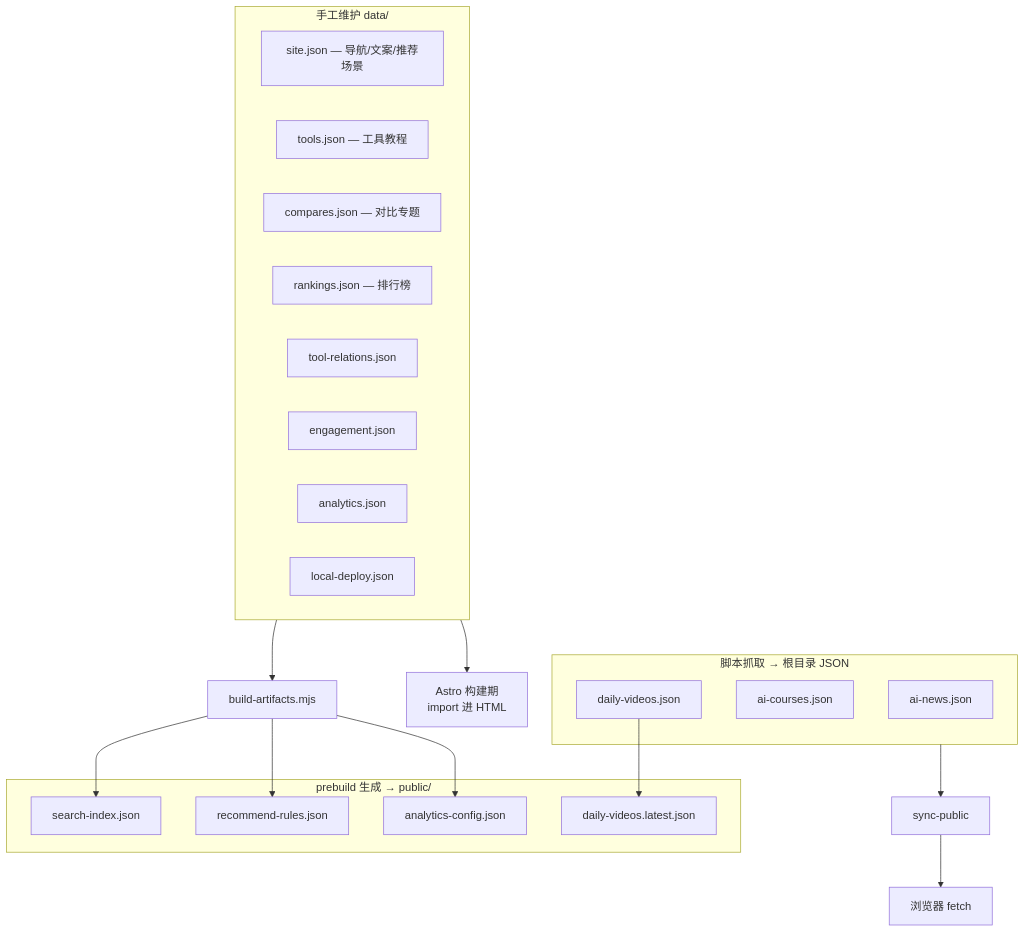
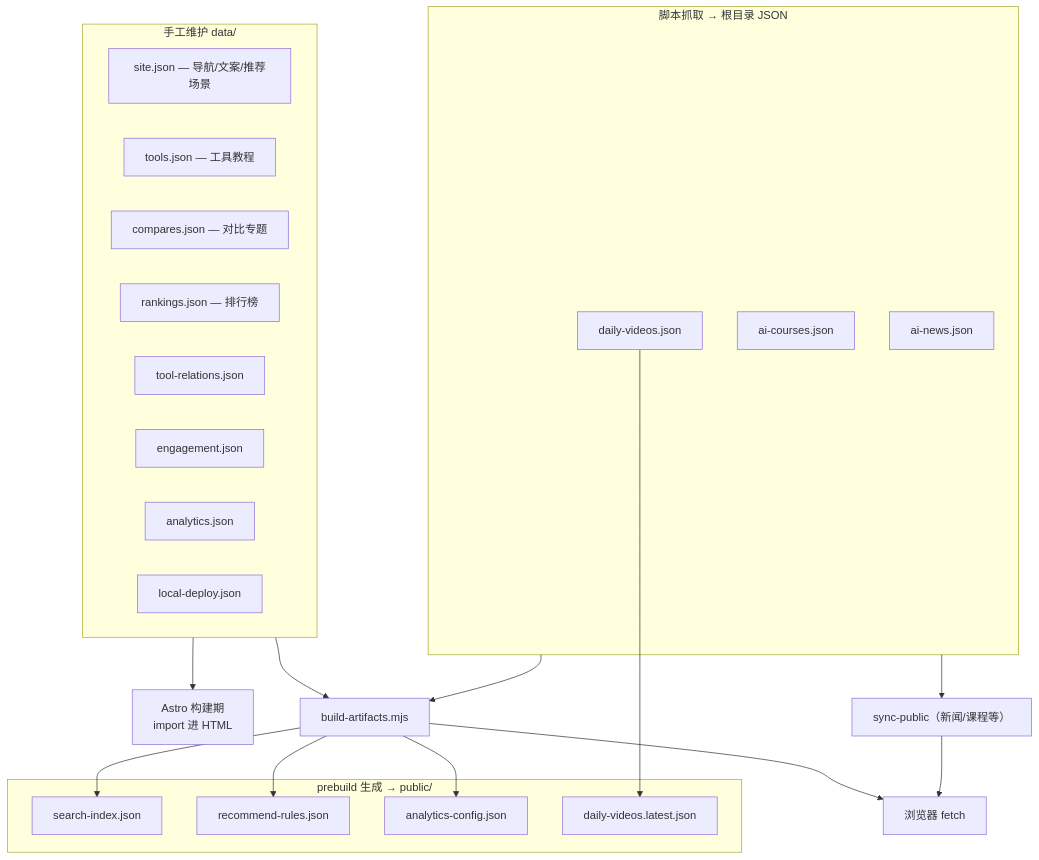
One commit to bio-apple/ai changed the fourth of 8 diagrams in docs/ARCHITECTURE.md. Above: the diagram before and after it, drawn with Mermaid. The commit also changed other lines of this file and 11 other files, not shown here.

````diff
--- a/docs/ARCHITECTURE.md
+++ b/docs/ARCHITECTURE.md
@@ -134,35 +134,37 @@
 ```mermaid
 flowchart TB
   subgraph manual["手工维护 data/"]
     site["site.json — 导航/文案/推荐场景"]
     tools["tools.json — 工具教程"]
     compares["compares.json — 对比专题"]
     rankings["rankings.json — 排行榜"]
     rel["tool-relations.json"]
     eng["engagement.json"]
     ana["analytics.json"]
     local_d["local-deploy.json"]
   end
 
   subgraph fetched["脚本抓取 → 根目录 JSON"]
     news["ai-news.json"]
     courses["ai-courses.json"]
     videos["daily-videos.json"]
   end
 
   subgraph generated["prebuild 生成 → public/"]
     search["search-index.json"]
     recommend["recommend-rules.json"]
     analytics["analytics-config.json"]
     slim["daily-videos.latest.json"]
   end
 
   manual --> ASTRO_BUILD["Astro 构建期<br/>import 进 HTML"]
-  fetched --> SYNC["sync-public"]
-  manual --> ARTIFACTS["build-artifacts.mjs"]
-  SYNC --> CLIENT["浏览器 fetch"]
+  fetched --> SYNC["sync-public（新闻/课程等）"]
+  fetched --> ARTIFACTS["build-artifacts.mjs"]
+  manual --> ARTIFACTS
   ARTIFACTS --> search
   ARTIFACTS --> recommend
   ARTIFACTS --> analytics
   videos --> slim
+  SYNC --> CLIENT["浏览器 fetch"]
+  ARTIFACTS --> CLIENT
 ```
````
